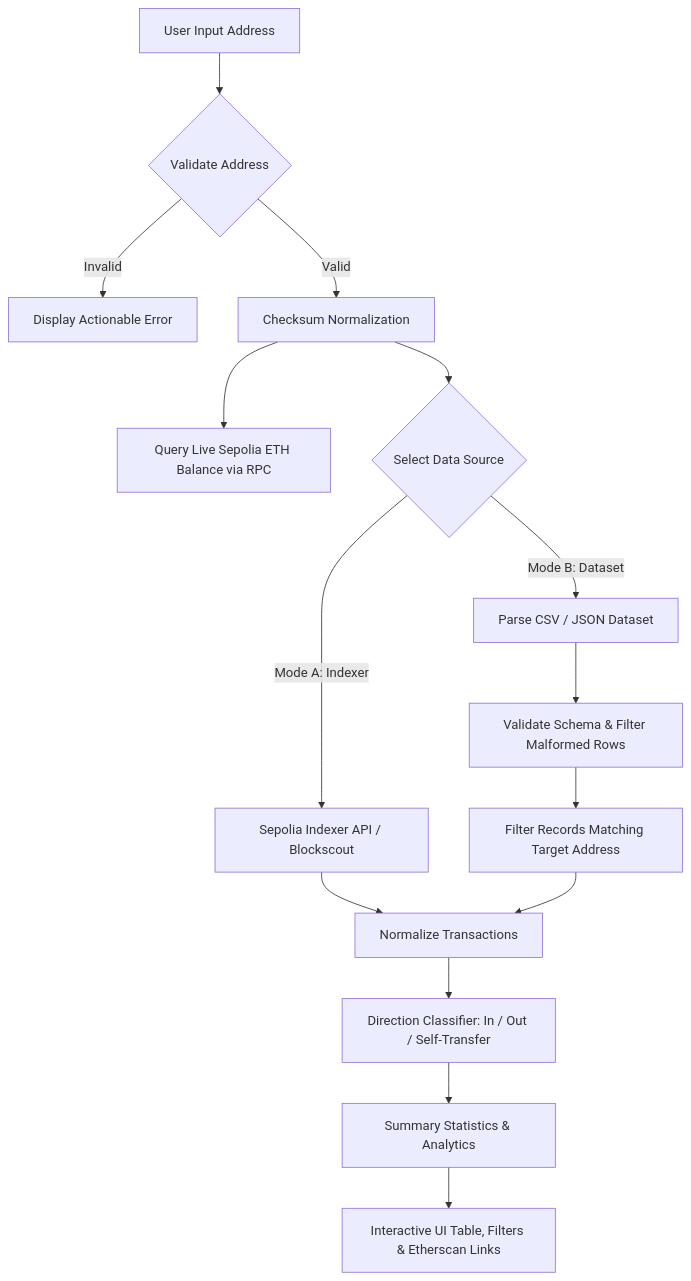
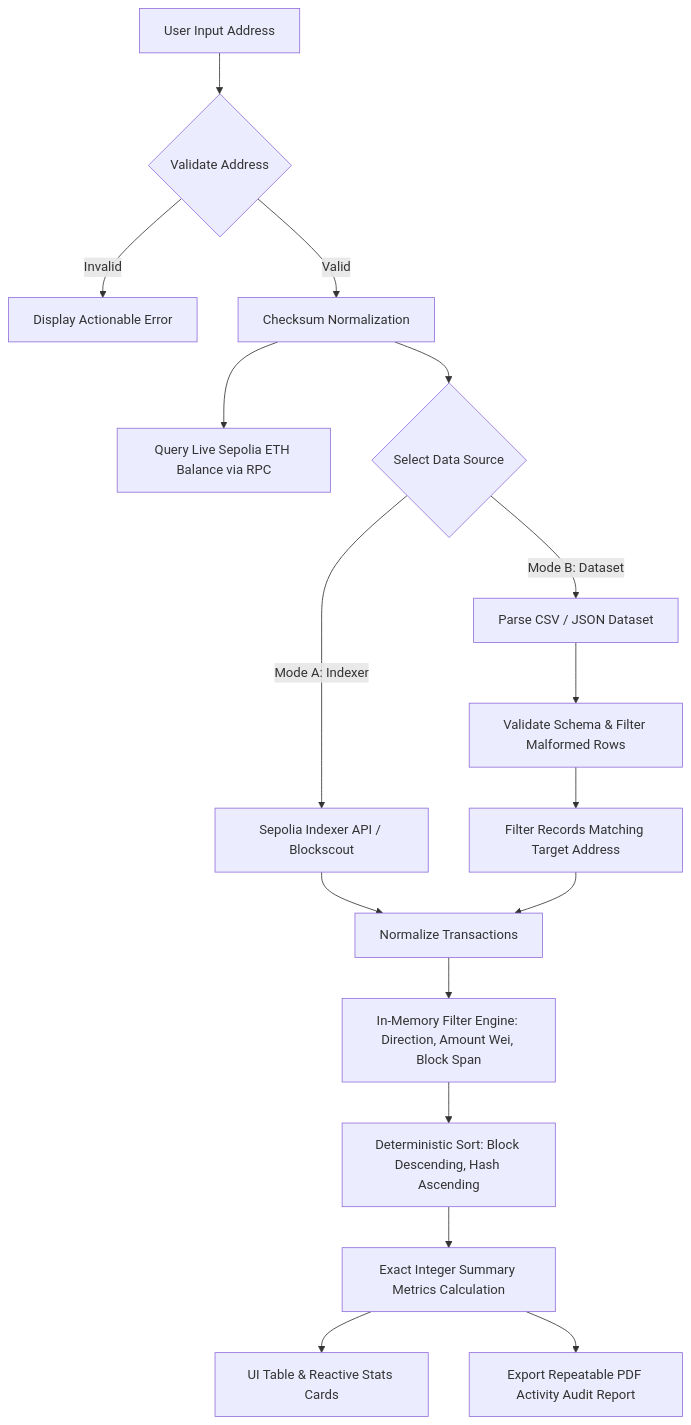
Before and after one commit to HariVarna/Blockchain-Data-Assistant-System: the diagram in README.md, drawn with Mermaid. The commit also changed other lines of this file and 10 other files, not shown here.

````diff
--- a/README.md
+++ b/README.md
@@ -30,20 +42,22 @@
 ```mermaid
 graph TD
     A[User Input Address] --> B{Validate Address}
     B -- Invalid --> C[Display Actionable Error]
     B -- Valid --> D[Checksum Normalization]
     D --> E[Query Live Sepolia ETH Balance via RPC]
     
     D --> F{Select Data Source}
     F -- Mode A: Indexer --> G[Sepolia Indexer API / Blockscout]
     F -- Mode B: Dataset --> H[Parse CSV / JSON Dataset]
     
     H --> I[Validate Schema & Filter Malformed Rows]
     I --> J[Filter Records Matching Target Address]
     G --> K[Normalize Transactions]
     J --> K
     
-    K --> L[Direction Classifier: In / Out / Self-Transfer]
-    L --> M[Summary Statistics & Analytics]
-    M --> N[Interactive UI Table, Filters & Etherscan Links]
+    K --> L[In-Memory Filter Engine: Direction, Amount Wei, Block Span]
+    L --> M[Deterministic Sort: Block Descending, Hash Ascending]
+    M --> N[Exact Integer Summary Metrics Calculation]
+    N --> O[UI Table & Reactive Stats Cards]
+    N --> P[Export Repeatable PDF Activity Audit Report]
 ```
````
